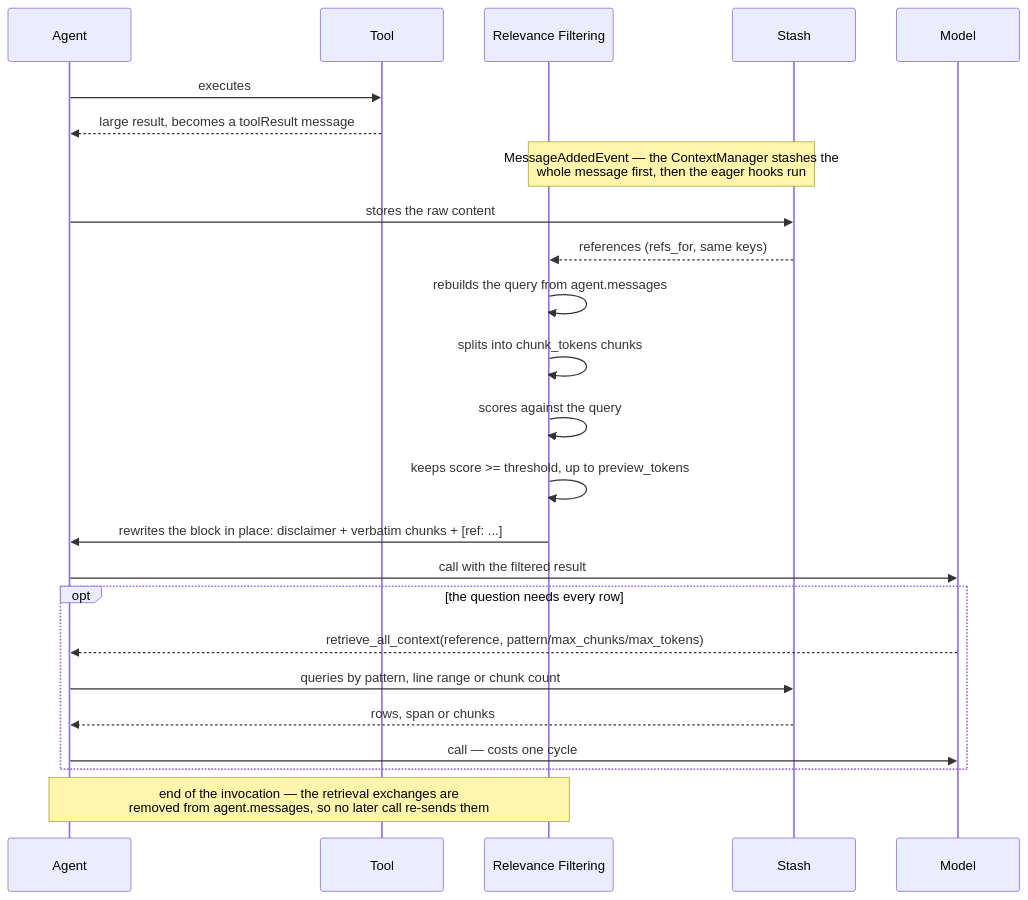
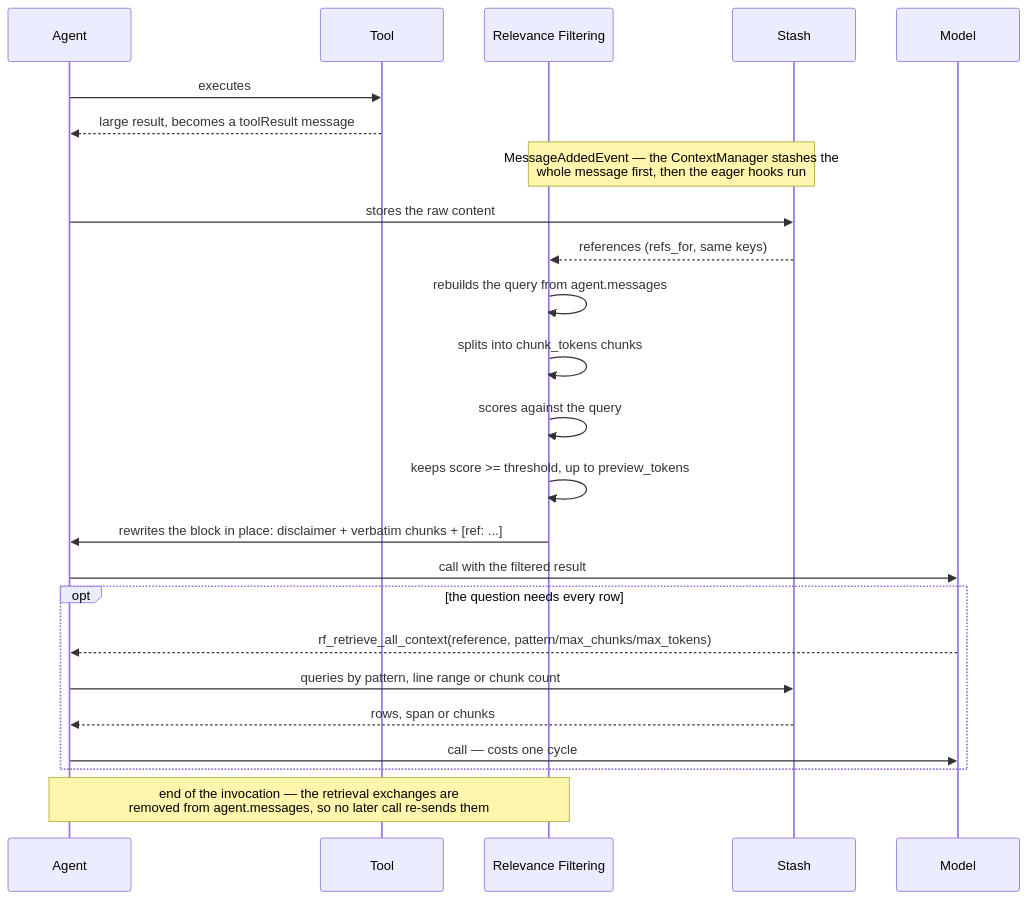
Before and after one commit to aws-samples/sample-context-engineering: the diagram in docs/design/design-a-relevance-filtering.md, drawn with Mermaid. The commit also changed other lines of this file and 124 other files, not shown here.

````diff
--- a/docs/design/design-a-relevance-filtering.md
+++ b/docs/design/design-a-relevance-filtering.md
@@ -127,32 +127,32 @@
 ```mermaid
 sequenceDiagram
     participant AG as Agent
     participant T as Tool
     participant A as Relevance Filtering
     participant S as Stash
     participant M as Model
 
     AG->>T: executes
     T-->>AG: large result, becomes a toolResult message
     Note over A,S: MessageAddedEvent — the ContextManager stashes the<br/>whole message first, then the eager hooks run
 
     AG->>S: stores the raw content
     S-->>A: references (refs_for, same keys)
 
     A->>A: rebuilds the query from agent.messages
     A->>A: splits into chunk_tokens chunks
     A->>A: scores against the query
     A->>A: keeps score >= threshold, up to preview_tokens
 
     A->>AG: rewrites the block in place: disclaimer + verbatim chunks + [ref: ...]
     AG->>M: call with the filtered result
 
     opt the question needs every row
-        M-->>AG: retrieve_all_context(reference, pattern/max_chunks/max_tokens)
+        M-->>AG: rf_retrieve_all_context(reference, pattern/max_chunks/max_tokens)
         AG->>S: queries by pattern, line range or chunk count
         S-->>AG: rows, span or chunks
         AG->>M: call — costs one cycle
     end
 
     Note over A,AG: end of the invocation — the retrieval exchanges are<br/>removed from agent.messages, so no later call re-sends them
 ```
````
